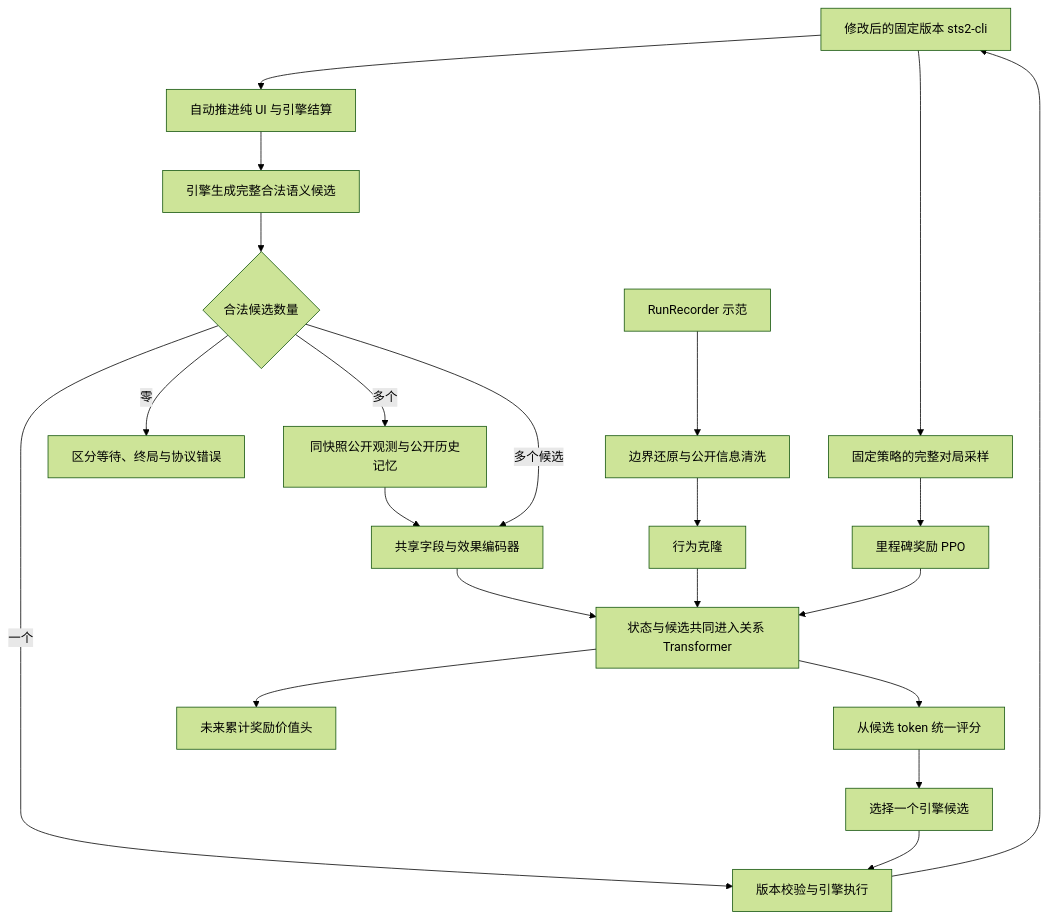
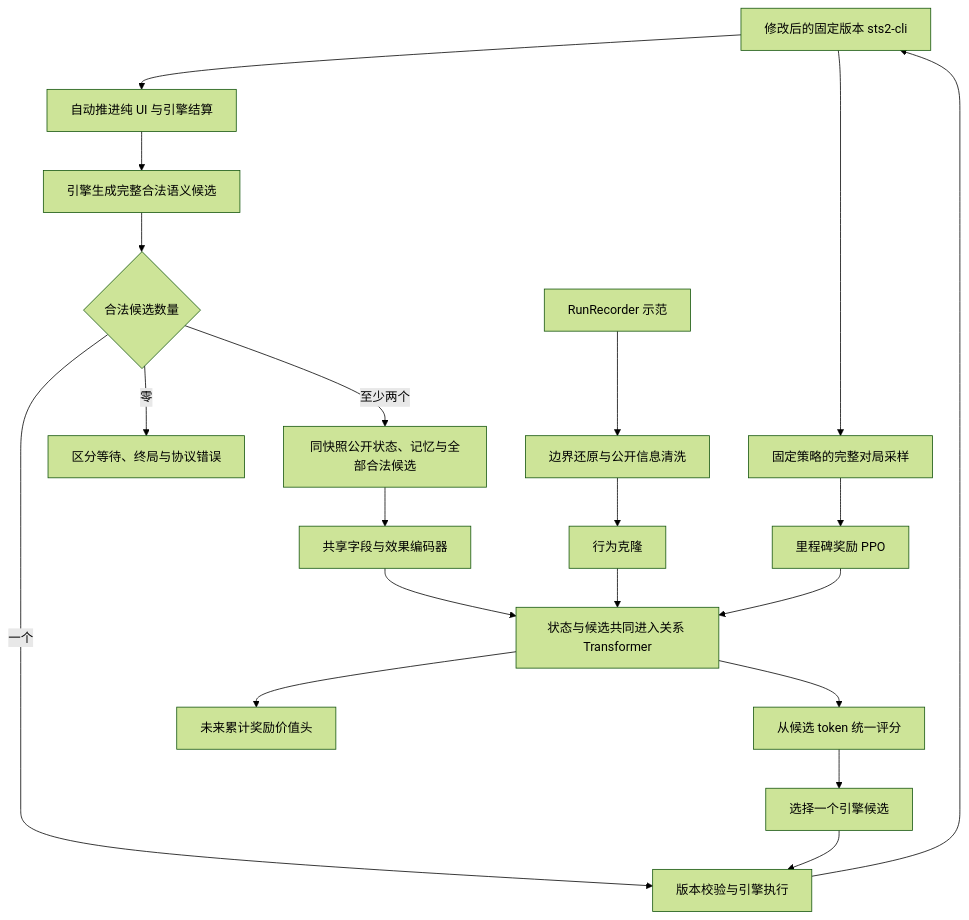
One commit to Nastu-Koi/Spire-model changed the diagram in ARCHITECTURE.md. Above: the diagram before and after it, drawn with Mermaid (forest theme).

Commit message:
Fix mermaid pipeline

````diff
--- a/ARCHITECTURE.md
+++ b/ARCHITECTURE.md
@@ -13,23 +13,22 @@
 ```mermaid
 flowchart TD
     E[修改后的固定版本 sts2-cli] --> R0[自动推进纯 UI 与引擎结算]
     R0 --> A[引擎生成完整合法语义候选]
     A --> G{合法候选数量}
     G -->|一个| C[版本校验与引擎执行]
-    G -->|多个| P[同快照公开观测与公开历史记忆]
+    G -->|至少两个| P[同快照公开状态、记忆与全部合法候选]
     G -->|零| Z[区分等待、终局与协议错误]
     P --> X[共享字段与效果编码器]
-    G -->|多个候选| X
     X --> T[状态与候选共同进入关系 Transformer]
     T --> S[从候选 token 统一评分]
     T --> V[未来累计奖励价值头]
     S --> D[选择一个引擎候选]
     D --> C
     C --> E
     R[RunRecorder 示范] --> N[边界还原与公开信息清洗]
     N --> B[行为克隆]
     E --> O[固定策略的完整对局采样]
     O --> U[里程碑奖励 PPO]
     B --> T
     U --> T
 ```
````
